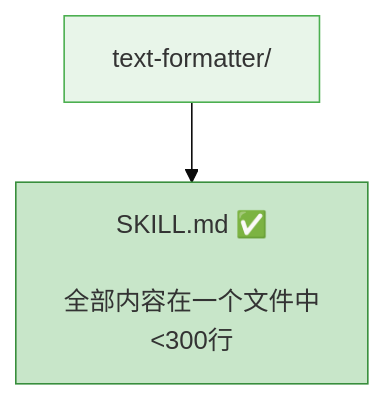
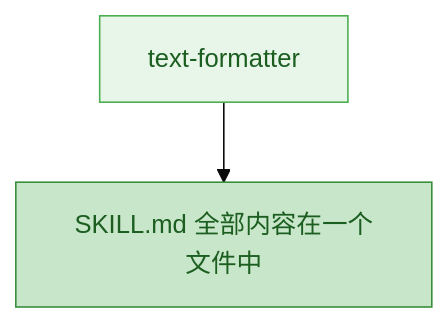
Before and after one commit to morning-start/coze-skills: the seventh of 11 diagrams in skill-factory/SKILL.md, drawn with Mermaid (base theme). The commit also changed other lines of this file and 2 other files, not shown here.

First line of the commit message:
feat(skill-factory): 新增researcher阶段并升级版本至v9.0.0

````diff
--- a/skill-factory/SKILL.md
+++ b/skill-factory/SKILL.md
@@ -133,7 +235,7 @@
 ```mermaid
 graph TD
-    A[text-formatter/] --> B["SKILL.md ✅<br/><br/>全部内容在一个文件中<br/><300行"]
+    A[text-formatter] --> B[SKILL.md 全部内容在一个文件中]
     
-    style A fill:#e8f5e9,stroke:#4caf50
-    style B fill:#c8e6c9,stroke:#388e3c
+    style A fill:#e8f5e9,stroke:#4caf50,color:#1b5e20
+    style B fill:#c8e6c9,stroke:#388e3c,color:#1b5e20
 ```
````
